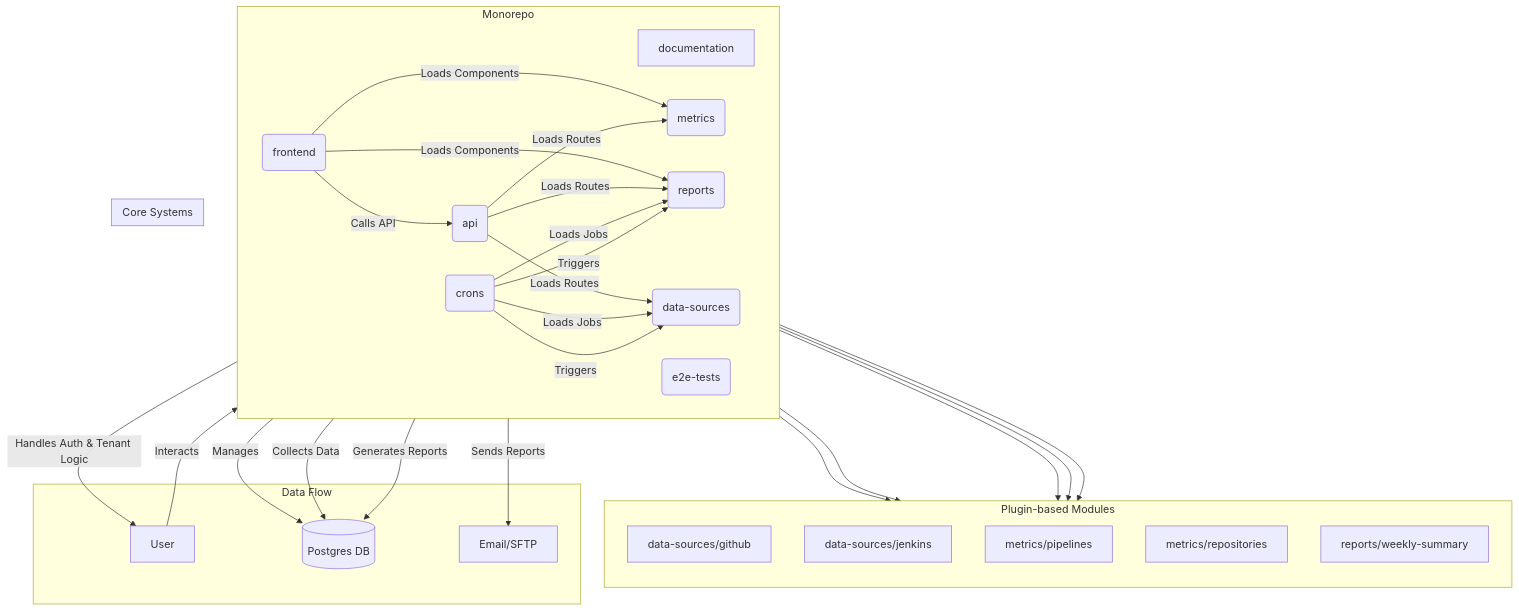
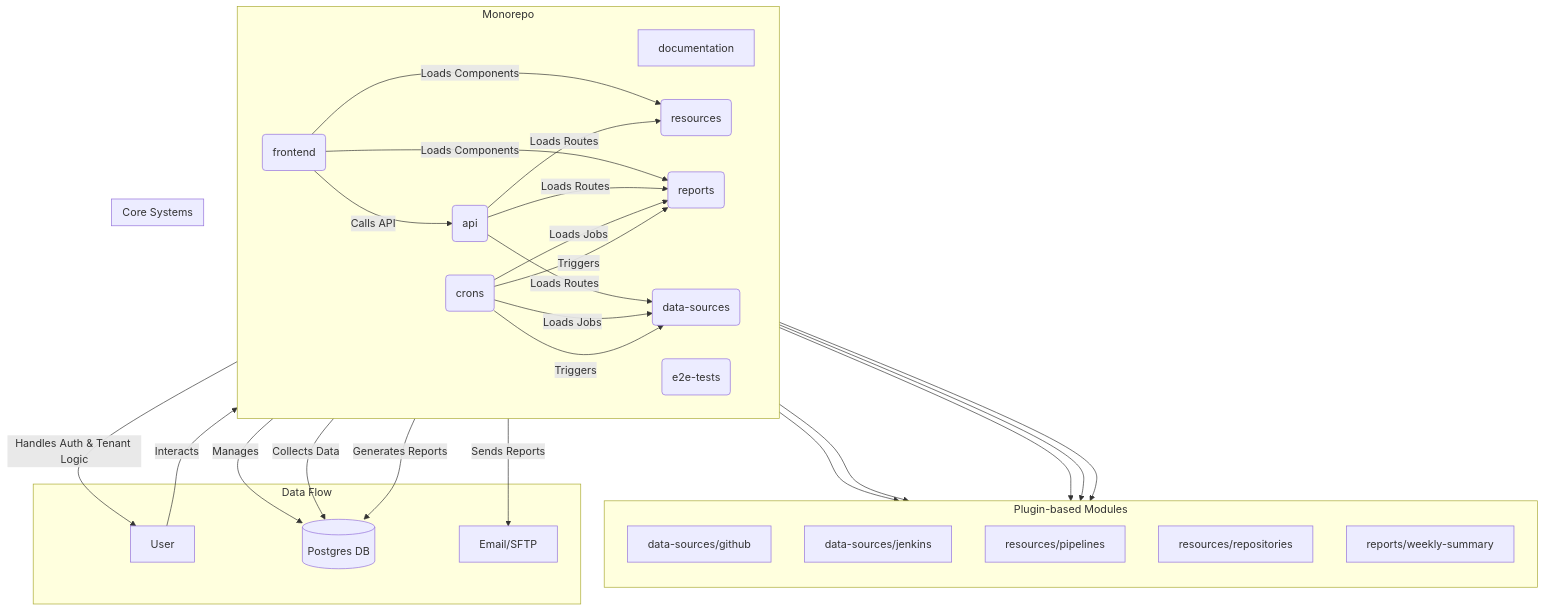
Before and after one commit to Norton-Studios/momentum: the first of 2 diagrams in documentation/ARCHITECTURE.md, drawn with Mermaid. The commit also changed other lines of this file and 16 other files, not shown here.

````diff
--- a/documentation/ARCHITECTURE.md
+++ b/documentation/ARCHITECTURE.md
@@ -7,46 +7,46 @@
 ```mermaid
 graph TD
     subgraph Monorepo
         direction LR
         A[documentation]
         B(frontend)
         C(api)
         D(crons)
         E(reports)
-        F(metrics)
+        F(resources)
         G(data-sources)
         H(e2e-tests)
     end
 
     subgraph "Plugin-based Modules"
         direction TB
         G --> G1[data-sources/github]
         G --> G2[data-sources/jenkins]
-        F --> F1[metrics/pipelines]
-        F --> F2[metrics/repositories]
+        F --> F1[resources/pipelines]
+        F --> F2[resources/repositories]
         E --> E1[reports/weekly-summary]
     end
 
     subgraph "Core Systems"
         B -- "Loads Components" --> F
         B -- "Loads Components" --> E
         C -- "Loads Routes" --> F
         C -- "Loads Routes" --> E
         C -- "Loads Routes" --> G
         D -- "Loads Jobs" --> G
         D -- "Loads Jobs" --> E
     end
 
     subgraph "Data Flow"
         U[User] -- "Interacts" --> B
         B -- "Calls API" --> C
         C -- "Manages" --> DB[(Postgres DB)]
         D -- "Triggers" --> G
         G -- "Collects Data" --> DB
         D -- "Triggers" --> E
         E -- "Generates Reports" --> DB
         E -- "Sends Reports" --> Notif[Email/SFTP]
     end
 
     C -- "Handles Auth & Tenant Logic" --> U
 ```
````
